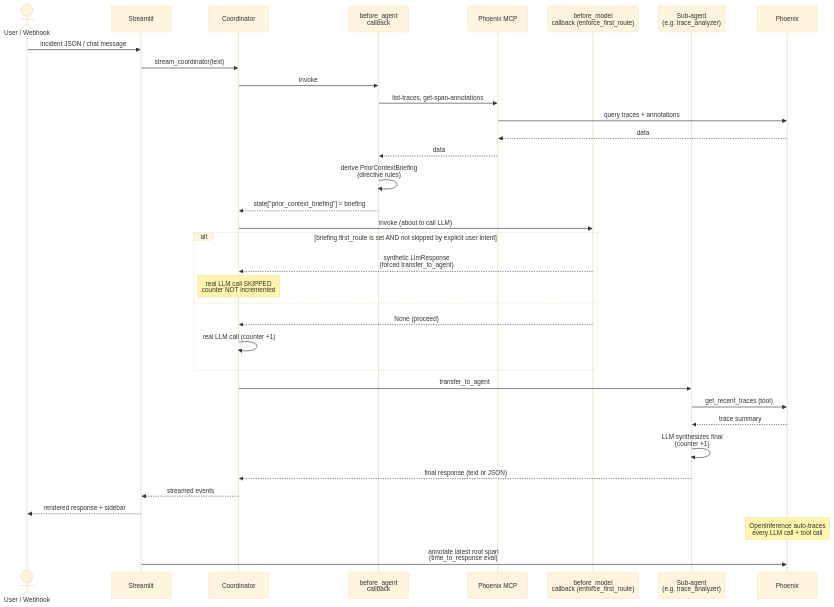
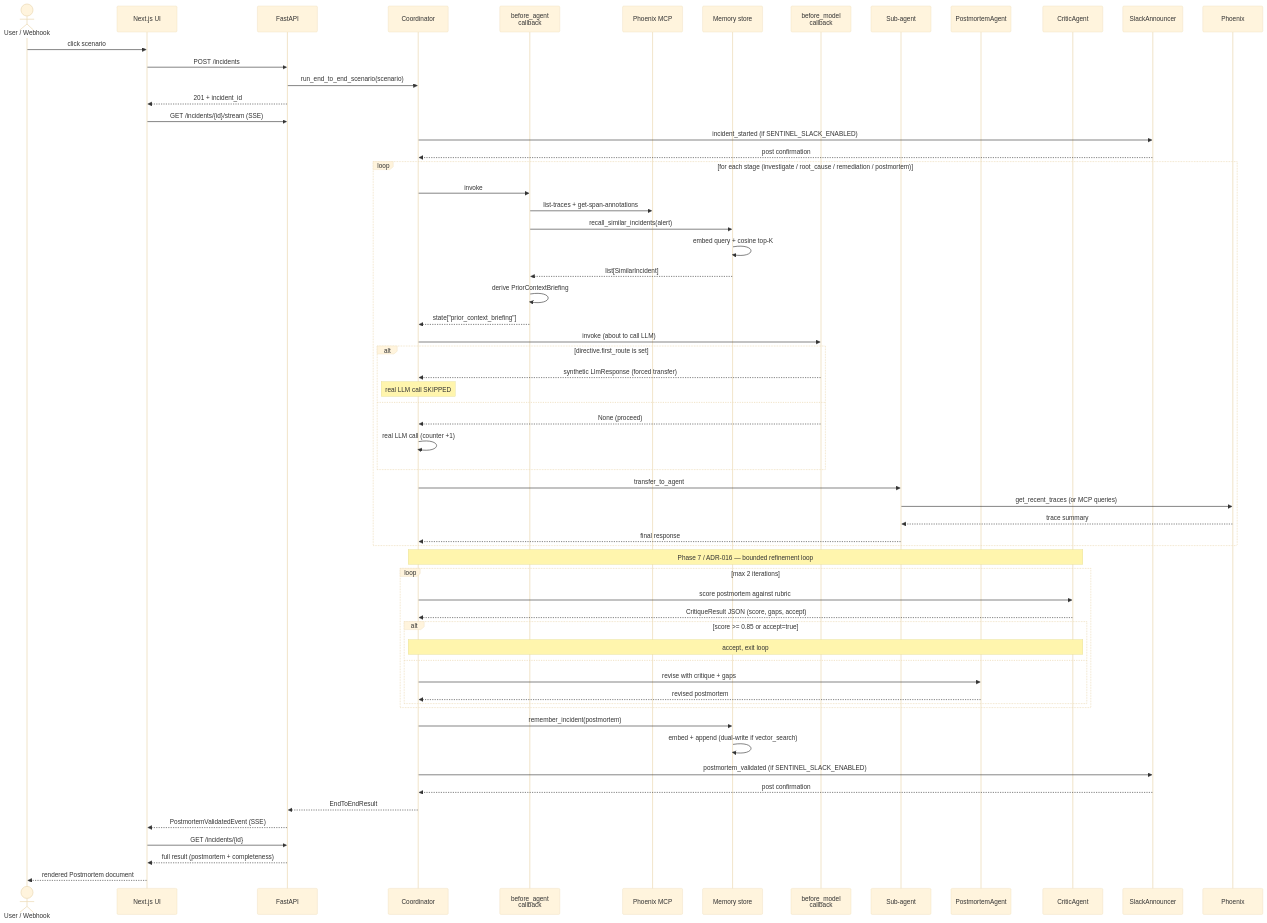
One commit to malakazlan/sentinel-agent changed the second of 4 diagrams in docs/architecture.md. Above: the diagram before and after it, drawn with Mermaid (base theme). The commit also changed other lines of this file, not shown here.

Commit message:
docs(architecture): refresh diagrams + component map for Phase 7 (8 sub-agents, memory, multi-MCP, critic loop, 221 tests)

````diff
--- a/docs/architecture.md
+++ b/docs/architecture.md
@@ -100,42 +144,73 @@
 ```mermaid
 sequenceDiagram
     actor U as User / Webhook
-    participant ST as Streamlit
+    participant FE as Next.js UI
+    participant API as FastAPI
     participant CO as Coordinator
     participant BAC as before_agent<br/>callback
     participant MCP as Phoenix MCP
-    participant BMC as before_model<br/>callback (enforce_first_route)
-    participant SA as Sub-agent<br/>(e.g. trace_analyzer)
+    participant MEM as Memory store
+    participant BMC as before_model<br/>callback
+    participant SA as Sub-agent
+    participant PM as PostmortemAgent
+    participant CR as CriticAgent
+    participant SLK as SlackAnnouncer
     participant PHX as Phoenix
 
-    U->>ST: incident JSON / chat message
-    ST->>CO: stream_coordinator(text)
-    CO->>BAC: invoke
-    BAC->>MCP: list-traces, get-span-annotations
-    MCP->>PHX: query traces + annotations
-    PHX-->>MCP: data
-    MCP-->>BAC: data
-    BAC->>BAC: derive PriorContextBriefing<br/>(directive rules)
-    BAC-->>CO: state["prior_context_briefing"] = briefing
+    U->>FE: click scenario
+    FE->>API: POST /incidents
+    API->>CO: run_end_to_end_scenario(scenario)
+    API-->>FE: 201 + incident_id
+    FE->>API: GET /incidents/{id}/stream (SSE)
 
-    CO->>BMC: invoke (about to call LLM)
-    alt briefing.first_route is set AND not skipped by explicit user intent
-        BMC-->>CO: synthetic LlmResponse<br/>(forced transfer_to_agent)
-        Note over CO: real LLM call SKIPPED<br/>counter NOT incremented
-    else
-        BMC-->>CO: None (proceed)
-        CO->>CO: real LLM call (counter +1)
+    CO->>SLK: incident_started (if SENTINEL_SLACK_ENABLED)
+    SLK-->>CO: post confirmation
+
+    loop for each stage (investigate / root_cause / remediation / postmortem)
+        CO->>BAC: invoke
+        BAC->>MCP: list-traces + get-span-annotations
+        BAC->>MEM: recall_similar_incidents(alert)
+        MEM->>MEM: embed query + cosine top-K
+        MEM-->>BAC: list[SimilarIncident]
+        BAC->>BAC: derive PriorContextBriefing
+        BAC-->>CO: state["prior_context_briefing"]
+
+        CO->>BMC: invoke (about to call LLM)
+        alt directive.first_route is set
+            BMC-->>CO: synthetic LlmResponse (forced transfer)
+            Note over CO: real LLM call SKIPPED
+        else
+            BMC-->>CO: None (proceed)
+            CO->>CO: real LLM call (counter +1)
+        end
+
+        CO->>SA: transfer_to_agent
+        SA->>PHX: get_recent_traces (or MCP queries)
+        PHX-->>SA: trace summary
+        SA-->>CO: final response
     end
 
-    CO->>SA: transfer_to_agent
-    SA->>PHX: get_recent_traces (tool)
-    PHX-->>SA: trace summary
-    SA->>SA: LLM synthesizes final<br/>(counter +1)
-    SA-->>CO: final response (text or JSON)
-    CO-->>ST: streamed events
-    ST-->>U: rendered response + sidebar
+    Note over CO,CR: Phase 7 / ADR-016 — bounded refinement loop
+    loop max 2 iterations
+        CO->>CR: score postmortem against rubric
+        CR-->>CO: CritiqueResult JSON (score, gaps, accept)
+        alt score >= 0.85 or accept=true
+            Note over CO,CR: accept, exit loop
+        else
+            CO->>PM: revise with critique + gaps
+            PM-->>CO: revised postmortem
+        end
+    end
 
-    Note over PHX: OpenInference auto-traces<br/>every LLM call + tool call
+    CO->>MEM: remember_incident(postmortem)
+    MEM->>MEM: embed + append (dual-write if vector_search)
 
-    ST->>PHX: annotate latest root span<br/>(time_to_response eval)
+    CO->>SLK: postmortem_validated (if SENTINEL_SLACK_ENABLED)
+    SLK-->>CO: post confirmation
+
+    CO-->>API: EndToEndResult
+    API-->>FE: PostmortemValidatedEvent (SSE)
+    FE->>API: GET /incidents/{id}
+    API-->>FE: full result (postmortem + completeness)
+    FE-->>U: rendered Postmortem document
 ```
````
